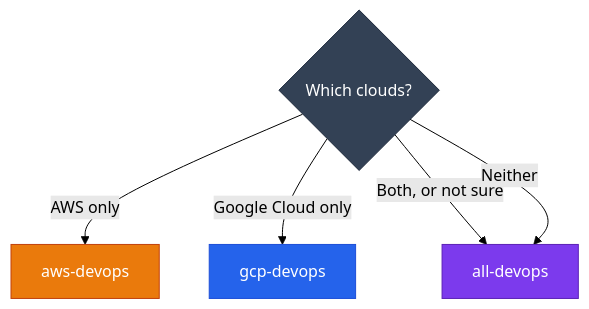
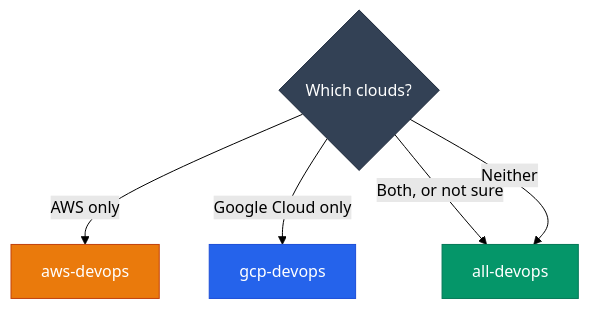
One commit to jinalshah/devops-images changed the diagram in docs/architecture/comparison.md. Above: the diagram before and after it, drawn with Mermaid (forest theme). The commit also changed 29 other files, not shown here.

````diff
--- a/docs/architecture/comparison.md
+++ b/docs/architecture/comparison.md
@@ -56,16 +56,16 @@
 ```mermaid
 flowchart TD
   Q{"Which clouds?"} -->|AWS only| W["aws-devops"]
   Q -->|Google Cloud only| G["gcp-devops"]
   Q -->|Both, or not sure| A["all-devops"]
   Q -->|Neither| A
 
   classDef neutral fill:#334155,stroke:#1e293b,color:#fff
-  classDef all fill:#7c3aed,stroke:#5b21b6,color:#fff
+  classDef all fill:#059669,stroke:#047857,color:#fff
   classDef aws fill:#ea7a0c,stroke:#c2410c,color:#fff
   classDef gcp fill:#2563eb,stroke:#1d4ed8,color:#fff
   class Q neutral
   class A all
   class W aws
   class G gcp
 ```
````
